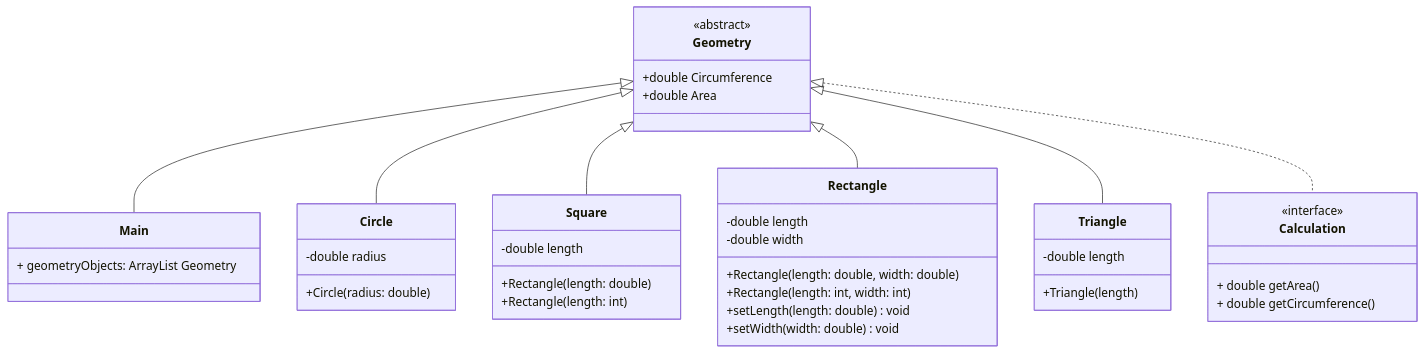
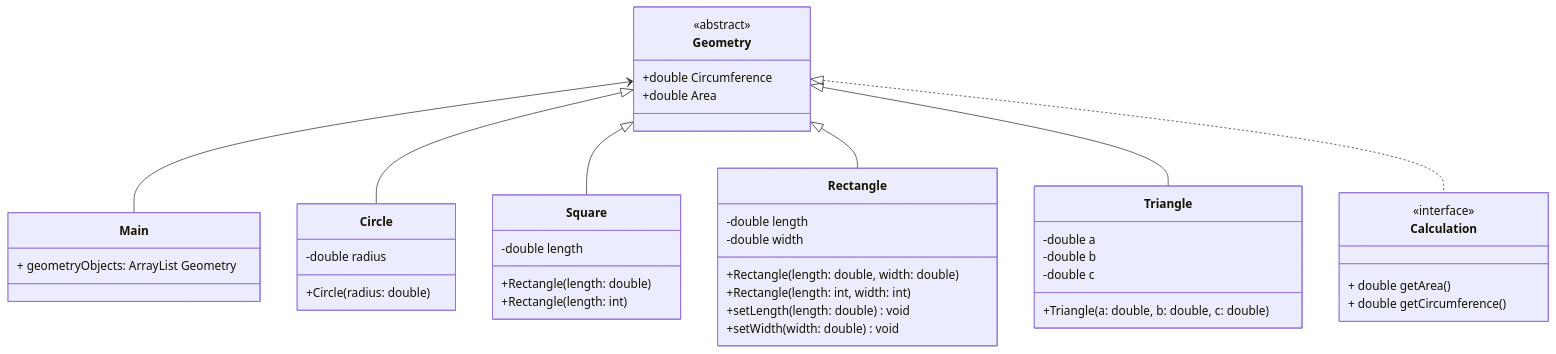
One commit to zewas-digital/dc-coding-parttime-23 changed the diagram in src/MichaelReal/week20_Geometrie/GeometrieUML.mmd. Above: the diagram before and after it, drawn with Mermaid. The commit also changed 7 other files, not shown here.

```diff
--- a/src/MichaelReal/week20_Geometrie/GeometrieUML.mmd
+++ b/src/MichaelReal/week20_Geometrie/GeometrieUML.mmd
@@ -1,64 +1,64 @@
 classDiagram
 
     class Main {
         + geometryObjects: ArrayList Geometry
     }
 
     class Geometry {
         <<abstract>>
         +double Circumference
         +double Area
 
     }
 
     class Calculation {
         <<interface>>
         + double getArea()
         + double getCircumference()
     }
 
     class Circle {
 
         -double radius
         +Circle(radius: double)
 
     }
 
     class Square {
 
         -double length
         +Rectangle(length: double)
         +Rectangle(length: int)
 
     }
 
     class Rectangle {
 
         -double length
         -double width
         +Rectangle(length: double, width: double)
         +Rectangle(length: int, width: int)
         +setLength(length: double) void
         +setWidth(width: double)void
 
 
     }
 
     class Triangle {
-
-        -double length
-        +Triangle(length)
-
+        -double a
+        -double b
+        -double c
+        +Triangle(a: double, b: double, c: double)
     }
 
-    Geometry <|-- Main
+    Geometry <-- Main
 
     Geometry <|-- Circle
 
     Geometry <|-- Square
 
     Geometry <|-- Rectangle
 
     Geometry <|-- Triangle
 
     Geometry <|.. Calculation
```
